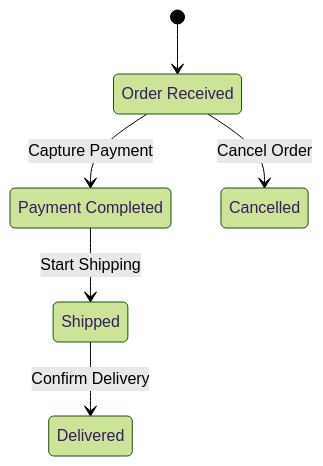
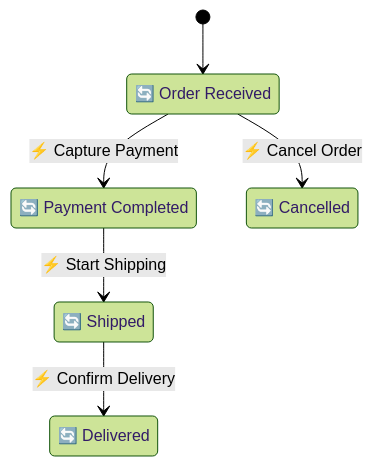
Before and after one commit to manji-0/rdra-ish-dsl: the second of 4 diagrams in README.md, drawn with Mermaid (forest theme). The commit also changed other lines of this file and 114 other files, not shown here.

Commit message:
feat: update rdra diagram layering

````diff
--- a/README.md
+++ b/README.md
@@ -570,10 +587,13 @@
 ```mermaid
 stateDiagram-v2
   [*] --> Pending
-  state "Payment Completed" as Paid
-  state "Order Received" as Pending
-  Paid --> Shipped : Start Shipping
-  Pending --> Cancelled : Cancel Order
-  Pending --> Paid : Capture Payment
-  Shipped --> Delivered : Confirm Delivery
+  state "🔄 Payment Completed" as Paid
+  state "🔄 Shipped" as Shipped
+  state "🔄 Order Received" as Pending
+  state "🔄 Cancelled" as Cancelled
+  state "🔄 Delivered" as Delivered
+  Paid --> Shipped : ⚡ Start Shipping
+  Pending --> Cancelled : ⚡ Cancel Order
+  Pending --> Paid : ⚡ Capture Payment
+  Shipped --> Delivered : ⚡ Confirm Delivery
 ```
````
